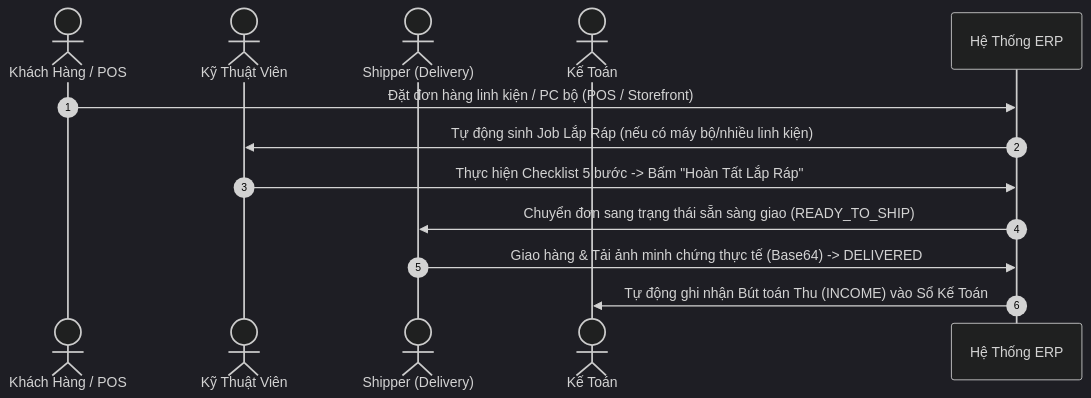
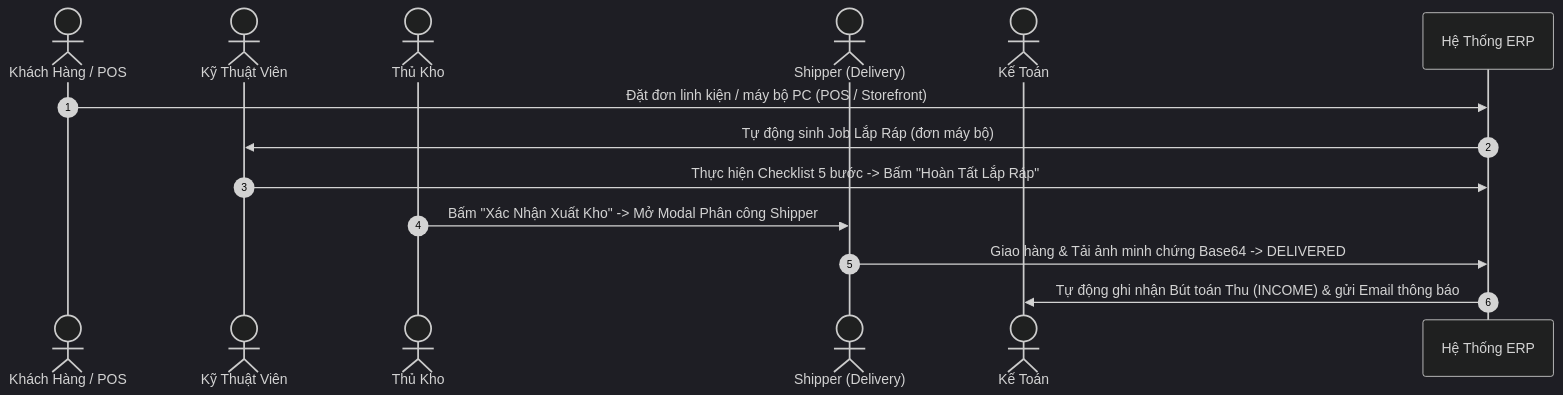
Before and after one commit to CauBeHayBun/KLTN_ERP: the third of 3 diagrams in README.md, drawn with Mermaid (dark theme). The commit also changed other lines of this file, not shown here.

````diff
--- a/README.md
+++ b/README.md
@@ -138,15 +140,16 @@
 ```mermaid
 sequenceDiagram
     autonumber
     actor Khách Hàng / POS
     actor Kỹ Thuật Viên
+    actor Thủ Kho
     actor Shipper (Delivery)
     actor Kế Toán
 
-    Khách Hàng / POS->>Hệ Thống ERP: Đặt đơn hàng linh kiện / PC bộ (POS / Storefront)
-    Hệ Thống ERP->>Kỹ Thuật Viên: Tự động sinh Job Lắp Ráp (nếu có máy bộ/nhiều linh kiện)
+    Khách Hàng / POS->>Hệ Thống ERP: Đặt đơn linh kiện / máy bộ PC (POS / Storefront)
+    Hệ Thống ERP->>Kỹ Thuật Viên: Tự động sinh Job Lắp Ráp (đơn máy bộ)
     Kỹ Thuật Viên->>Hệ Thống ERP: Thực hiện Checklist 5 bước -> Bấm "Hoàn Tất Lắp Ráp"
-    Hệ Thống ERP->>Shipper (Delivery): Chuyển đơn sang trạng thái sẵn sàng giao (READY_TO_SHIP)
-    Shipper (Delivery)->>Hệ Thống ERP: Giao hàng & Tải ảnh minh chứng thực tế (Base64) -> DELIVERED
-    Hệ Thống ERP->>Kế Toán: Tự động ghi nhận Bút toán Thu (INCOME) vào Sổ Kế Toán
+    Thủ Kho->>Shipper (Delivery): Bấm "Xác Nhận Xuất Kho" -> Mở Modal Phân công Shipper
+    Shipper (Delivery)->>Hệ Thống ERP: Giao hàng & Tải ảnh minh chứng Base64 -> DELIVERED
+    Hệ Thống ERP->>Kế Toán: Tự động ghi nhận Bút toán Thu (INCOME) & gửi Email thông báo
 ```
````
